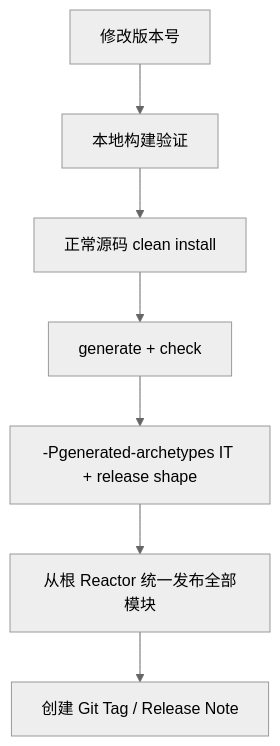
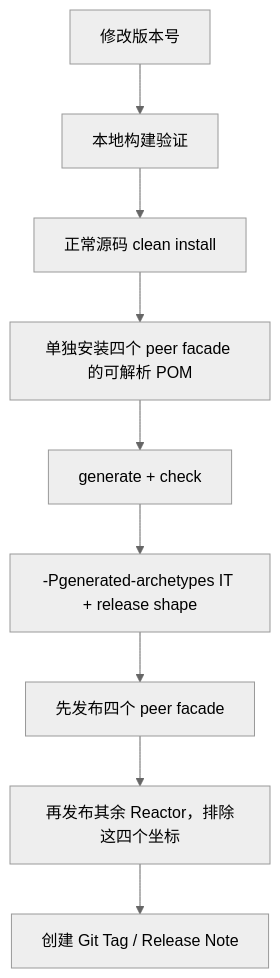
The diagram in scripts/maven-deploy.md (AllenDEricDAlexander/Egon-COLA), drawn with Mermaid (neutral theme) before and after one commit. The commit also changed other lines of this file and 36 other files, not shown here.

````diff
--- a/scripts/maven-deploy.md
+++ b/scripts/maven-deploy.md
@@ -46,9 +46,11 @@
 ```mermaid
 flowchart TD
     A[修改版本号] --> B[本地构建验证]
     B --> C[正常源码 clean install]
-    C --> D[generate + check]
-    D --> E[-Pgenerated-archetypes IT + release shape]
-    E --> F[从根 Reactor 统一发布全部模块]
-    F --> G[创建 Git Tag / Release Note]
+    C --> D[单独安装四个 peer facade 的可解析 POM]
+    D --> E[generate + check]
+    E --> F[-Pgenerated-archetypes IT + release shape]
+    F --> G[先发布四个 peer facade]
+    G --> H[再发布其余 Reactor，排除这四个坐标]
+    H --> I[创建 Git Tag / Release Note]
 ```
````
